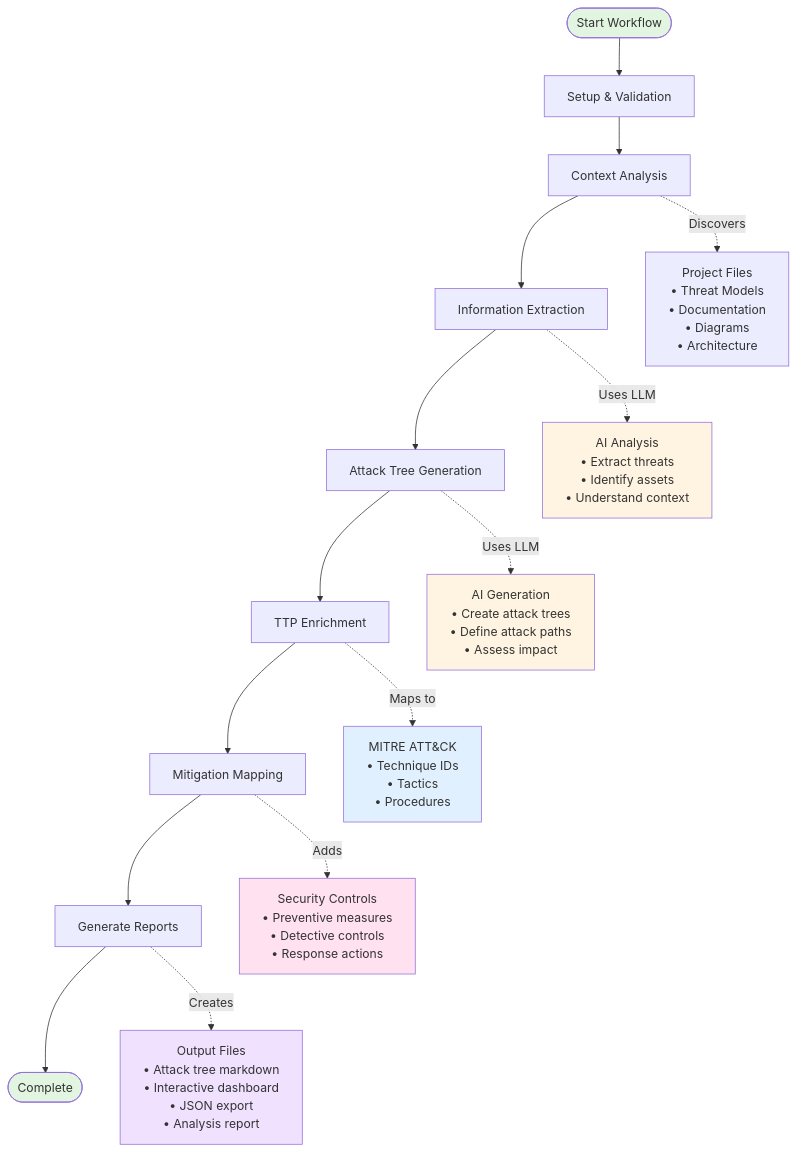
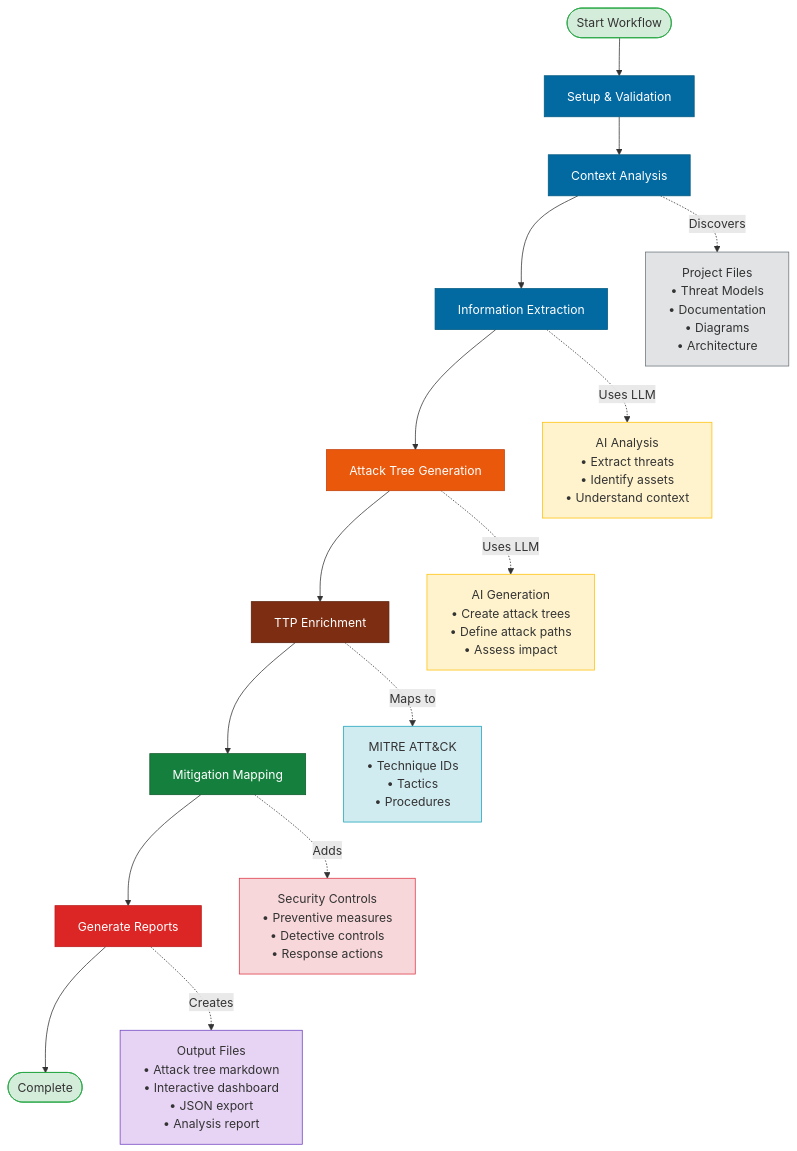
Before and after one commit to aws-samples/sample-agentic-attack-tree-generator: the diagram in docs/how-it-works.md, drawn with Mermaid. The commit also changed 8 other files, not shown here.

````diff
--- a/docs/how-it-works.md
+++ b/docs/how-it-works.md
@@ -13,31 +13,39 @@
 ```mermaid
 graph TB
     Start([Start Workflow]) --> Setup[Setup & Validation]
     Setup --> Context[Context Analysis]
     Context --> Extract[Information Extraction]
     Extract --> Generate[Attack Tree Generation]
     Generate --> Enrich[TTP Enrichment]
     Enrich --> Mitigate[Mitigation Mapping]
     Mitigate --> Summary[Generate Reports]
     Summary --> End([Complete])
     
     Context -.->|Discovers| Files[Project Files<br/>• Threat Models<br/>• Documentation<br/>• Diagrams<br/>• Architecture]
     
     Extract -.->|Uses LLM| AI1[AI Analysis<br/>• Extract threats<br/>• Identify assets<br/>• Understand context]
     
     Generate -.->|Uses LLM| AI2[AI Generation<br/>• Create attack trees<br/>• Define attack paths<br/>• Assess impact]
     
     Enrich -.->|Maps to| MITRE[MITRE ATT&CK<br/>• Technique IDs<br/>• Tactics<br/>• Procedures]
     
     Mitigate -.->|Adds| Controls[Security Controls<br/>• Preventive measures<br/>• Detective controls<br/>• Response actions]
     
     Summary -.->|Creates| Output[Output Files<br/>• Attack tree markdown<br/>• Interactive dashboard<br/>• JSON export<br/>• Analysis report]
     
-    style Start fill:#e1f5e1
-    style End fill:#e1f5e1
-    style AI1 fill:#fff4e1
-    style AI2 fill:#fff4e1
-    style MITRE fill:#e1f0ff
-    style Controls fill:#ffe1f0
-    style Output fill:#f0e1ff
+    style Start fill:#d4edda,stroke:#28a745
+    style End fill:#d4edda,stroke:#28a745
+    style Setup fill:#0369a1,stroke:#025a82,color:#fff
+    style Context fill:#0369a1,stroke:#025a82,color:#fff
+    style Extract fill:#0369a1,stroke:#025a82,color:#fff
+    style Generate fill:#ea580c,stroke:#c2410c,color:#fff
+    style Enrich fill:#7c2d12,stroke:#5a1f0a,color:#fff
+    style Mitigate fill:#15803d,stroke:#0f5a2a,color:#fff
+    style Summary fill:#dc2626,stroke:#b91c1c,color:#fff
+    style AI1 fill:#fff3cd,stroke:#ffc107
+    style AI2 fill:#fff3cd,stroke:#ffc107
+    style MITRE fill:#d1ecf1,stroke:#17a2b8
+    style Controls fill:#f8d7da,stroke:#dc3545
+    style Output fill:#e7d4f5,stroke:#6f42c1
+    style Files fill:#e2e3e5,stroke:#6c757d
 ```
````
